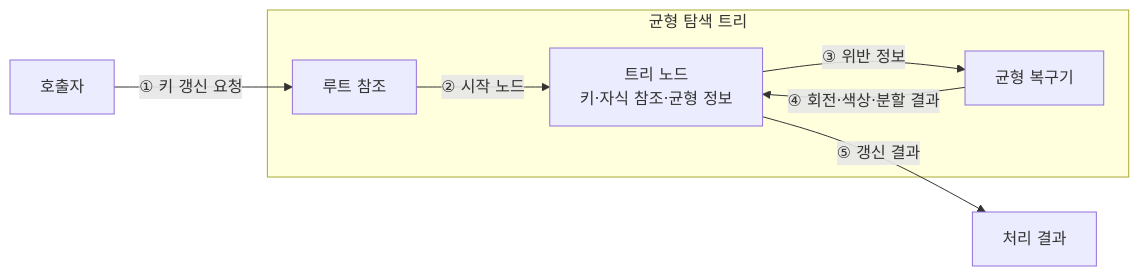
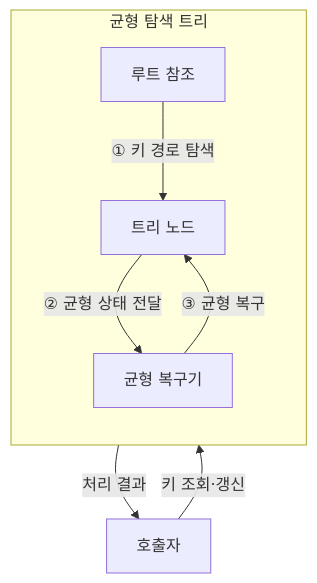
One commit to agnusdei1207/knowledge-base changed the second of 3 diagrams in src/content/docs/notes/01-basic-theory/008_tree_data_structures.md. Above: the diagram before and after it, drawn with Mermaid. The commit also changed other lines of this file and 18 other files, not shown here.

Commit message:
docs: revise basic theory notes 001-020 diagrams

````diff
--- a/src/content/docs/notes/01-basic-theory/008_tree_data_structures.md
+++ b/src/content/docs/notes/01-basic-theory/008_tree_data_structures.md
@@ -56,13 +74,15 @@
 ```mermaid
-flowchart LR
-    C[호출자] -->|① 키 갱신 요청| ROOT
+flowchart TB
+    Q[호출자]
     subgraph TREE[균형 탐색 트리]
+        direction TB
         ROOT[루트 참조]
-        NODE[트리 노드<br/>키·자식 참조·균형 정보]
+        NODE[트리 노드]
         BAL[균형 복구기]
-        ROOT -->|② 시작 노드| NODE
-        NODE -->|③ 위반 정보| BAL
-        BAL -->|④ 회전·색상·분할 결과| NODE
+        ROOT -->|① 키 경로 탐색| NODE
+        NODE -->|② 균형 상태 전달| BAL
+        BAL -->|③ 균형 복구| NODE
     end
-    NODE -->|⑤ 갱신 결과| O[처리 결과]
+    Q -->|키 조회·갱신| ROOT
+    NODE -->|처리 결과| Q
 ```
````
